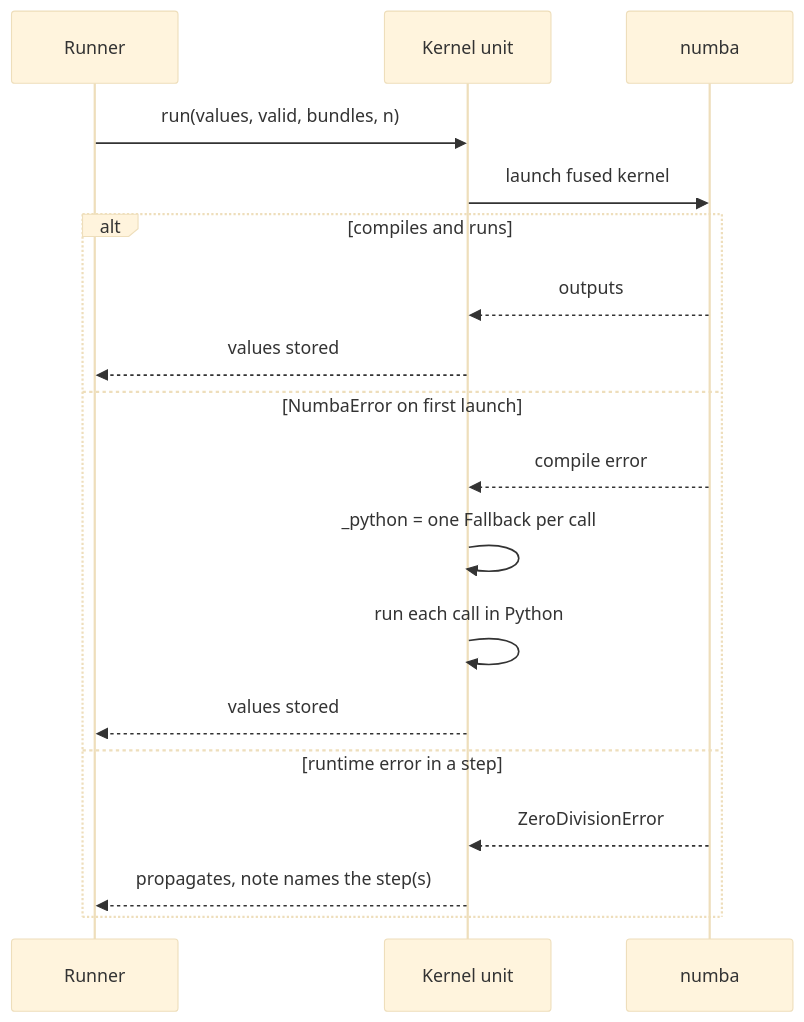
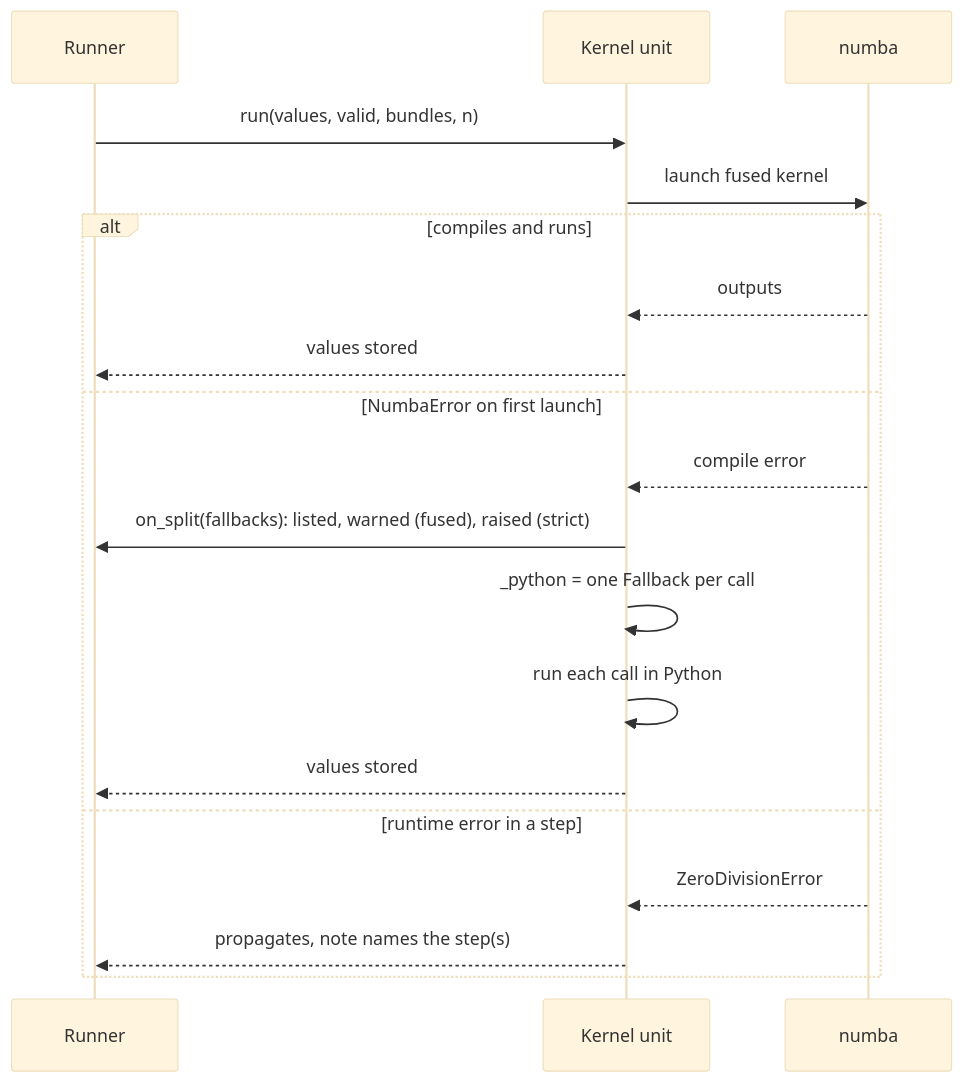
Before and after one commit to capitec/dsp-decision-engine: the second of 2 diagrams in docs/architecture/engine/cache.md, drawn with Mermaid (base theme). The commit also changed other lines of this file and 3 other files, not shown here.

````diff
--- a/docs/architecture/engine/cache.md
+++ b/docs/architecture/engine/cache.md
@@ -298,20 +302,21 @@
 ```mermaid
 sequenceDiagram
     participant R as Runner
     participant K as Kernel unit
     participant N as numba
     R->>K: run(values, valid, bundles, n)
     K->>N: launch fused kernel
     alt compiles and runs
         N-->>K: outputs
         K-->>R: values stored
     else NumbaError on first launch
         N-->>K: compile error
+        K->>R: on_split(fallbacks): listed, warned (fused), raised (strict)
         K->>K: _python = one Fallback per call
         K->>K: run each call in Python
         K-->>R: values stored
     else runtime error in a step
         N-->>K: ZeroDivisionError
         K-->>R: propagates, note names the step(s)
     end
 ```
````
